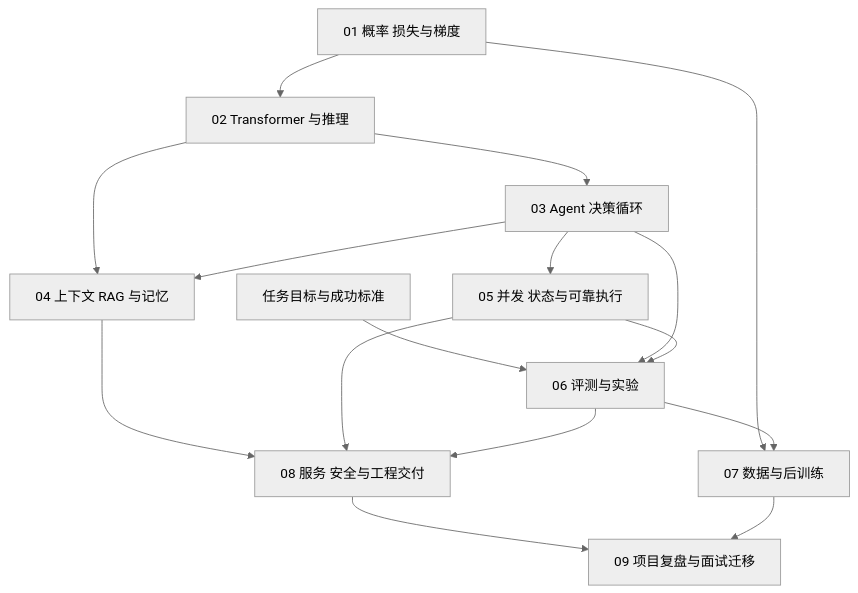
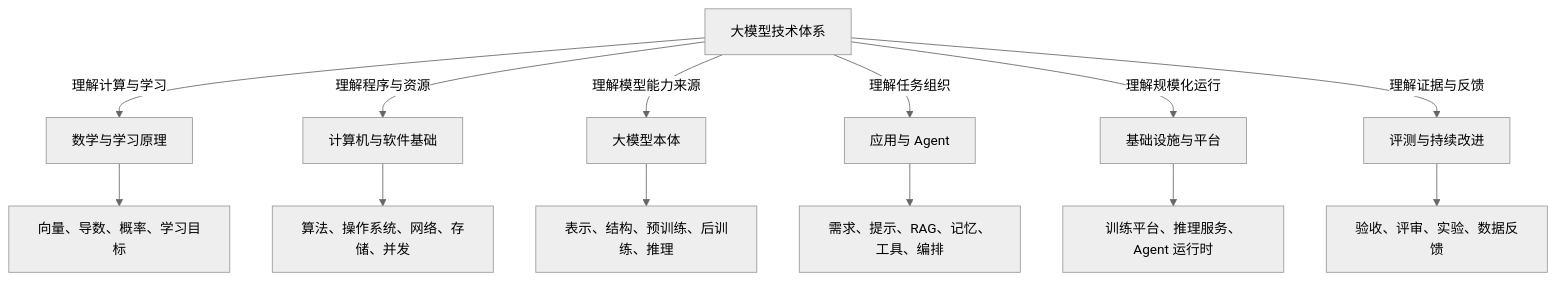
The diagram in src/content/agent-handbook/00-overview.md (wxa1225/personal-website), drawn with Mermaid (neutral theme) before and after one commit. The commit also changed other lines of this file and 48 other files, not shown here.

````diff
--- a/src/content/agent-handbook/00-overview.md
+++ b/src/content/agent-handbook/00-overview.md
@@ -91,18 +16,15 @@
 ```mermaid
 flowchart TD
-    M1[01 概率 损失与梯度] --> M2[02 Transformer 与推理]
-    M2 --> A[03 Agent 决策循环]
-    M2 --> C[04 上下文 RAG 与记忆]
-    A --> C
-    A --> R[05 并发 状态与可靠执行]
-    G[任务目标与成功标准] --> E[06 评测与实验]
-    A --> E
-    R --> E
-    M1 --> L[07 数据与后训练]
-    E --> L
-    C --> P[08 服务 安全与工程交付]
-    R --> P
-    E --> P
-    P --> X[09 项目复盘与面试迁移]
-    L --> X
+    ROOT[大模型技术体系] -->|理解计算与学习| F[数学与学习原理]
+    ROOT -->|理解程序与资源| B[计算机与软件基础]
+    ROOT -->|理解模型能力来源| M[大模型本体]
+    ROOT -->|理解任务组织| A[应用与 Agent]
+    ROOT -->|理解规模化运行| I[基础设施与平台]
+    ROOT -->|理解证据与反馈| E[评测与持续改进]
+    F --> F1[向量、导数、概率、学习目标]
+    B --> B1[算法、操作系统、网络、存储、并发]
+    M --> M1[表示、结构、预训练、后训练、推理]
+    A --> A1[需求、提示、RAG、记忆、工具、编排]
+    I --> I1[训练平台、推理服务、Agent 运行时]
+    E --> E1[验收、评审、实验、数据反馈]
 ```
````
